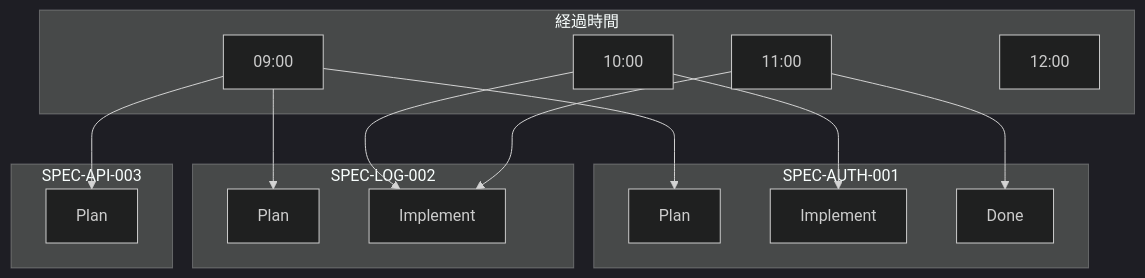
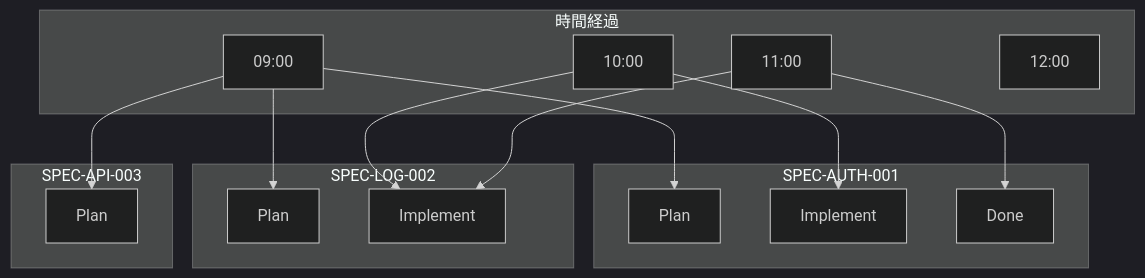
The fourth of 9 diagrams in docs-site/content/ja/worktree/faq.md (modu-ai/moai-adk), drawn with Mermaid (dark theme) before and after one commit. The commit also changed other lines of this file and 395 other files, not shown here.

````diff
--- a/docs-site/content/ja/worktree/faq.md
+++ b/docs-site/content/ja/worktree/faq.md
@@ -170,34 +171,34 @@
 ```mermaid
 graph TB
-    subgraph Time["経過時間"]
+    subgraph Time["時間経過"]
         T1[09:00]
         T2[10:00]
         T3[11:00]
         T4[12:00]
     end
 
     subgraph Worktree1["SPEC-AUTH-001"]
         W1A[Plan]
         W1B[Implement]
         W1C[Done]
     end
 
     subgraph Worktree2["SPEC-LOG-002"]
         W2A[Plan]
         W2B[Implement]
     end
 
     subgraph Worktree3["SPEC-API-003"]
         W3A[Plan]
     end
 
     T1 --> W1A
     T1 --> W2A
     T1 --> W3A
 
     T2 --> W1B
     T2 --> W2B
 
     T3 --> W1C
     T3 --> W2B
 ```
````
